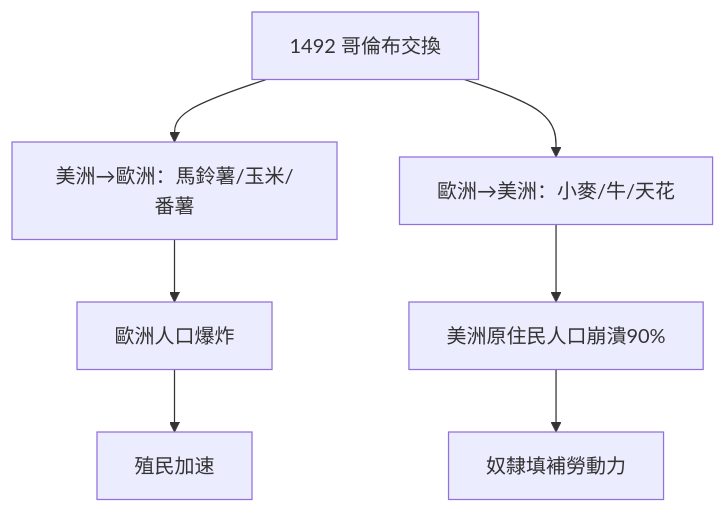
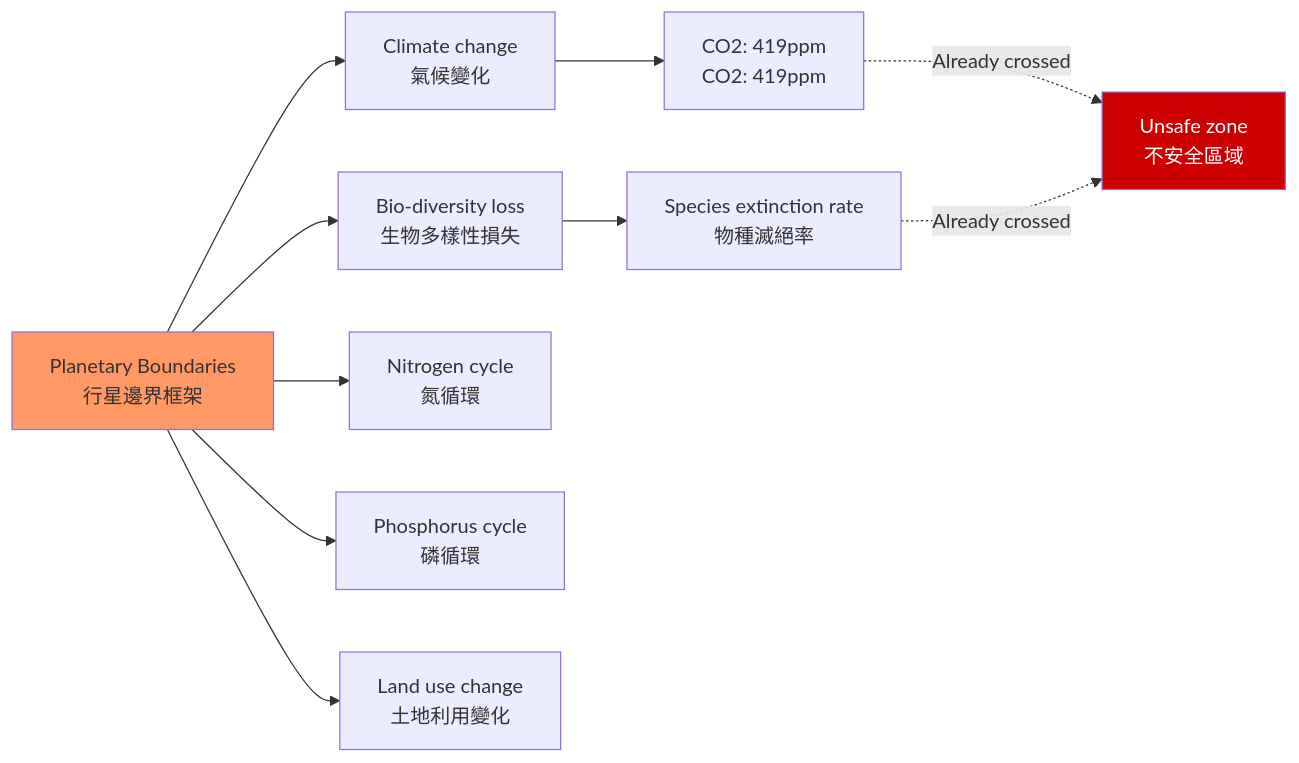
One commit to yip-lgtm/HKU-Harvard-History-Self-Study changed the first of 3 diagrams in 01_HKU_Courses/HIST2215_Global_Environmental_History.md. Above: the diagram before and after it, drawn with Mermaid. The commit also changed other lines of this file and 25 other files, not shown here.

````diff
--- a/01_HKU_Courses/HIST2215_Global_Environmental_History.md
+++ b/01_HKU_Courses/HIST2215_Global_Environmental_History.md
@@ -168,9 +60,17 @@
 ```mermaid
-flowchart TD
-    A[1492 哥倫布交換] --> B[美洲→歐洲：馬鈴薯/玉米/番薯]
-    A --> C[歐洲→美洲：小麥/牛/天花]
-    B --> D[歐洲人口爆炸]
-    C --> E[美洲原住民人口崩潰90%]
-    D --> F[殖民加速]
-    E --> G[奴隸填補勞動力]
+graph LR
+    A[Planetary Boundaries<br/>行星邊界框架] --> B[Climate change<br/>氣候變化]
+    A --> C[Bio-diversity loss<br/>生物多樣性損失]
+    A --> D[Nitrogen cycle<br/>氮循環]
+    A --> E[Phosphorus cycle<br/>磷循環]
+    A --> F[Land use change<br/>土地利用變化]
+    
+    B --> B1[CO2: 419ppm<br/>CO2: 419ppm]
+    B1 -.->|Already crossed| G[Unsafe zone<br/>不安全區域]
+    
+    C --> C1[Species extinction rate<br/>物種滅絕率]
+    C1 -.->|Already crossed| G
+    
+    style A fill:#f96
+    style G fill:#c00,color:#fff
 ```
````
